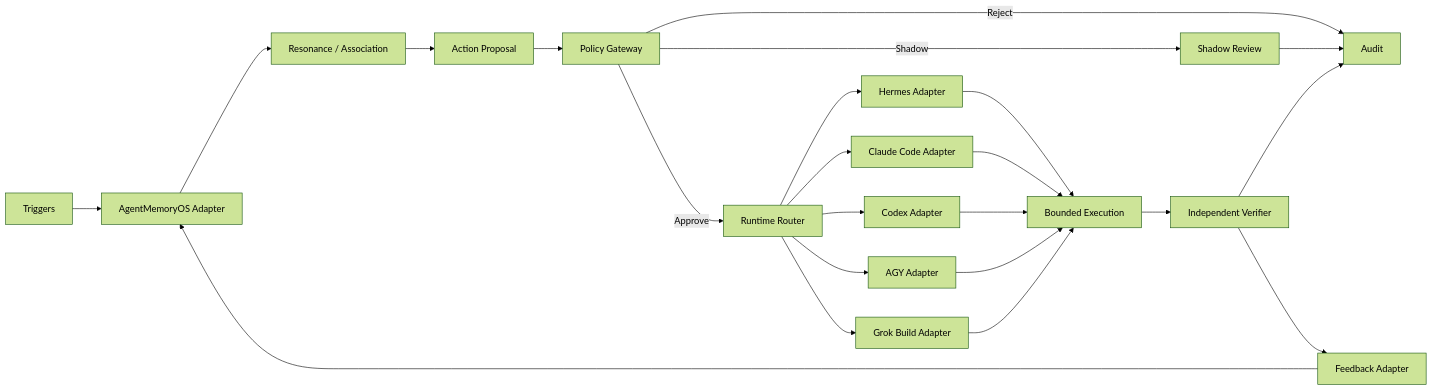
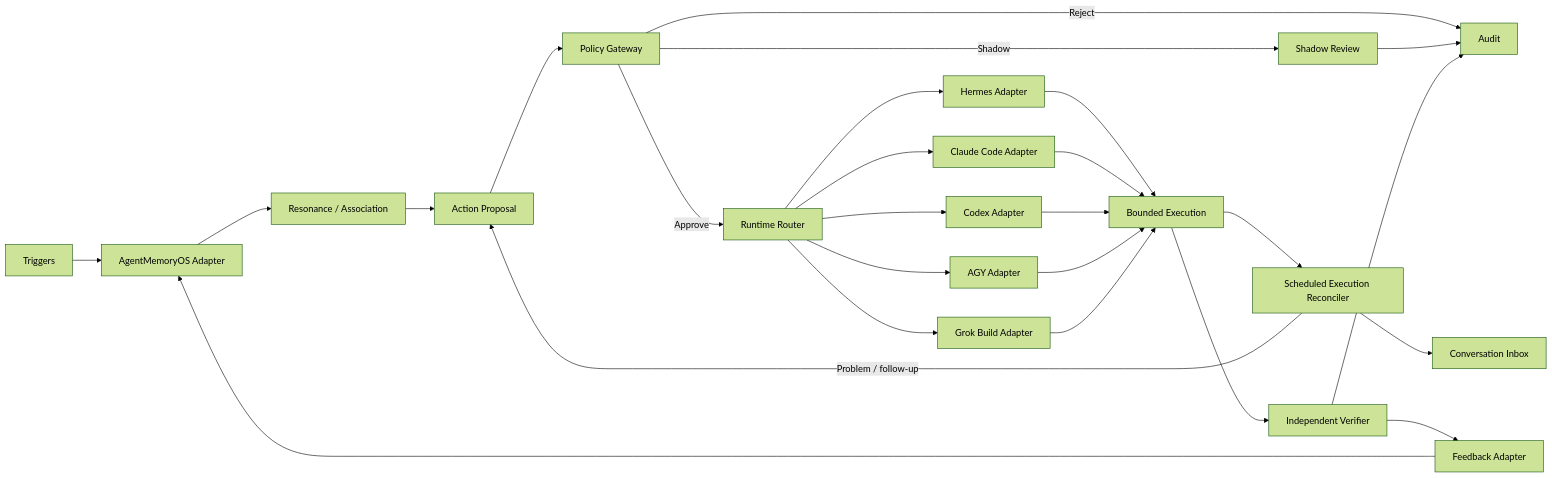
Before and after one commit to yamantaka520/Bastet-EngramFlow: the diagram in docs/ARCHITECTURE.md, drawn with Mermaid (forest theme). The commit also changed other lines of this file and 18 other files, not shown here.

````diff
--- a/docs/ARCHITECTURE.md
+++ b/docs/ARCHITECTURE.md
@@ -7,25 +7,28 @@
 ```mermaid
 flowchart LR
     T[Triggers] --> M[AgentMemoryOS Adapter]
     M --> R[Resonance / Association]
     R --> P[Action Proposal]
     P --> G[Policy Gateway]
     G -->|Reject| A[Audit]
     G -->|Shadow| S[Shadow Review]
     G -->|Approve| X[Runtime Router]
     X --> H[Hermes Adapter]
     X --> C[Claude Code Adapter]
     X --> O[Codex Adapter]
     X --> Y[AGY Adapter]
     X --> K[Grok Build Adapter]
     H --> E[Bounded Execution]
     C --> E
     O --> E
     Y --> E
     K --> E
+    E --> Q[Scheduled Execution Reconciler]
+    Q --> I[Conversation Inbox]
+    Q -->|Problem / follow-up| P
     E --> V[Independent Verifier]
     V --> F[Feedback Adapter]
     F --> M
     S --> A
     V --> A
 ```
````
